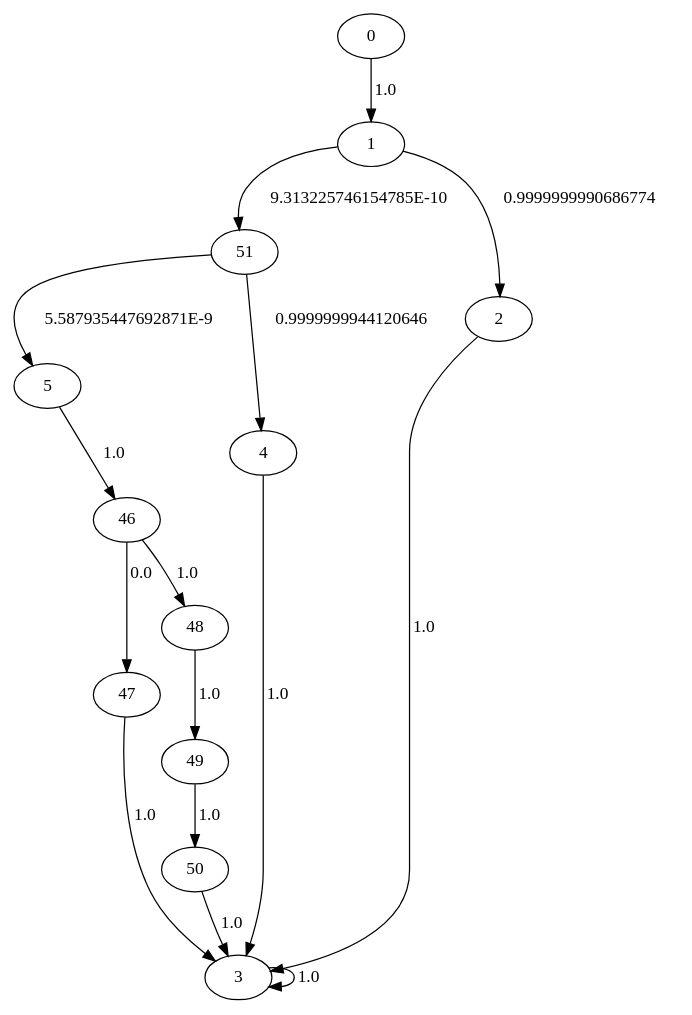
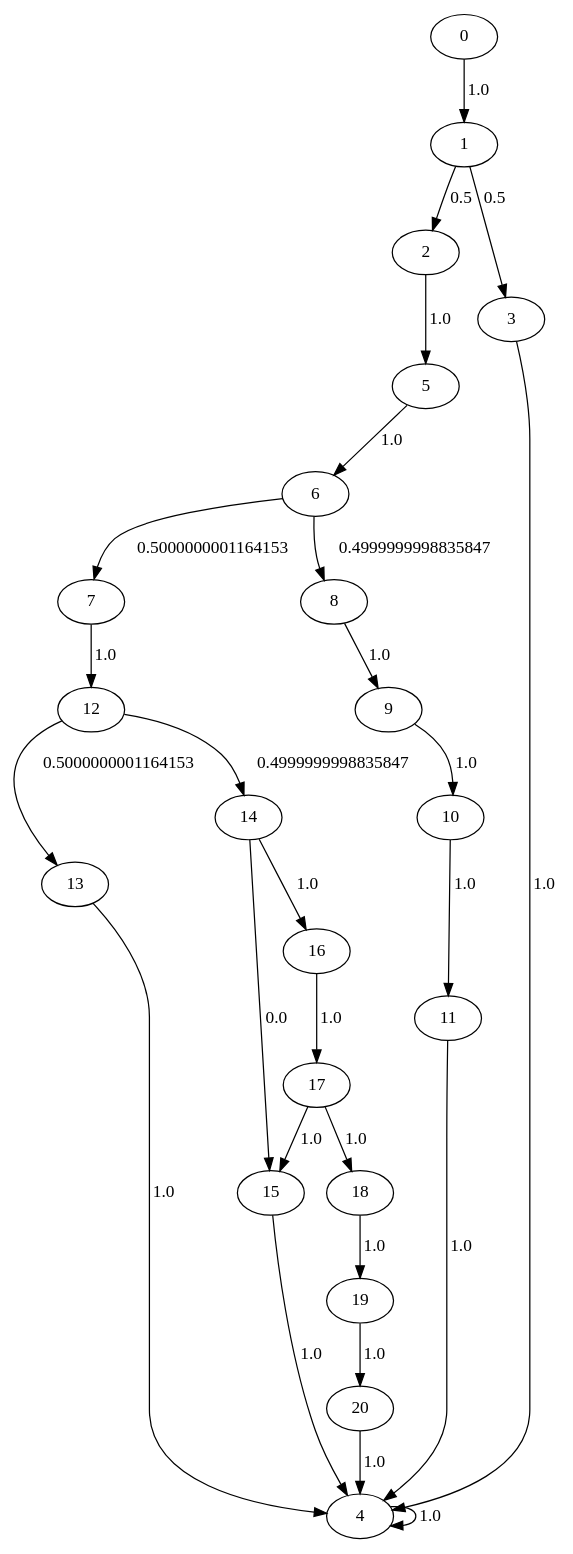
The diagram in LMain_test.dot (seemantasaha/DependencyAnalysis), drawn with Graphviz before and after one commit. The commit also changed 12 other files, not shown here.

```diff
--- a/LMain_test.dot
+++ b/LMain_test.dot
@@ -1,17 +1,28 @@
 digraph {
-	46 -> 47[label= "0.0"];
-	46 -> 48[label= "1.0"];
-	47 -> 3[label= "1.0"];
-	48 -> 49[label= "1.0"];
-	49 -> 50[label= "1.0"];
-	50 -> 3[label= "1.0"];
-	51 -> 5[label= "5.587935447692871E-9"];
-	51 -> 4[label= "0.9999999944120646"];
+	11 -> 4[label= "1.0"];
+	12 -> 13[label= "0.5000000001164153"];
+	12 -> 14[label= "0.4999999998835847"];
+	13 -> 4[label= "1.0"];
+	14 -> 15[label= "0.0"];
+	14 -> 16[label= "1.0"];
+	15 -> 4[label= "1.0"];
+	16 -> 17[label= "1.0"];
+	17 -> 15[label= "1.0"];
+	17 -> 18[label= "1.0"];
+	18 -> 19[label= "1.0"];
+	19 -> 20[label= "1.0"];
 	0 -> 1[label= "1.0"];
-	1 -> 51[label= "9.313225746154785E-10"];
-	1 -> 2[label= "0.9999999990686774"];
-	2 -> 3[label= "1.0"];
-	3 -> 3[label= "1.0"];
-	4 -> 3[label= "1.0"];
-	5 -> 46[label= "1.0"];
+	1 -> 2[label= "0.5"];
+	1 -> 3[label= "0.5"];
+	2 -> 5[label= "1.0"];
+	3 -> 4[label= "1.0"];
+	4 -> 4[label= "1.0"];
+	5 -> 6[label= "1.0"];
+	6 -> 7[label= "0.5000000001164153"];
+	6 -> 8[label= "0.4999999998835847"];
+	7 -> 12[label= "1.0"];
+	8 -> 9[label= "1.0"];
+	9 -> 10[label= "1.0"];
+	20 -> 4[label= "1.0"];
+	10 -> 11[label= "1.0"];
 }
```
